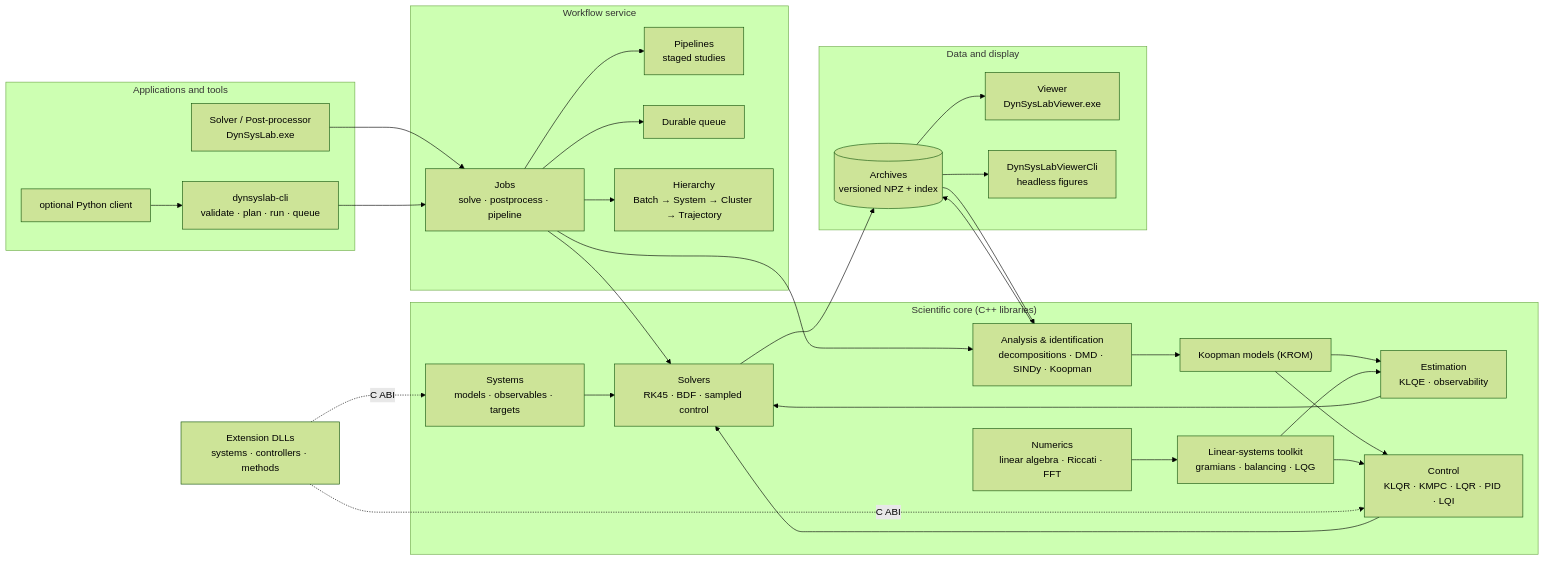
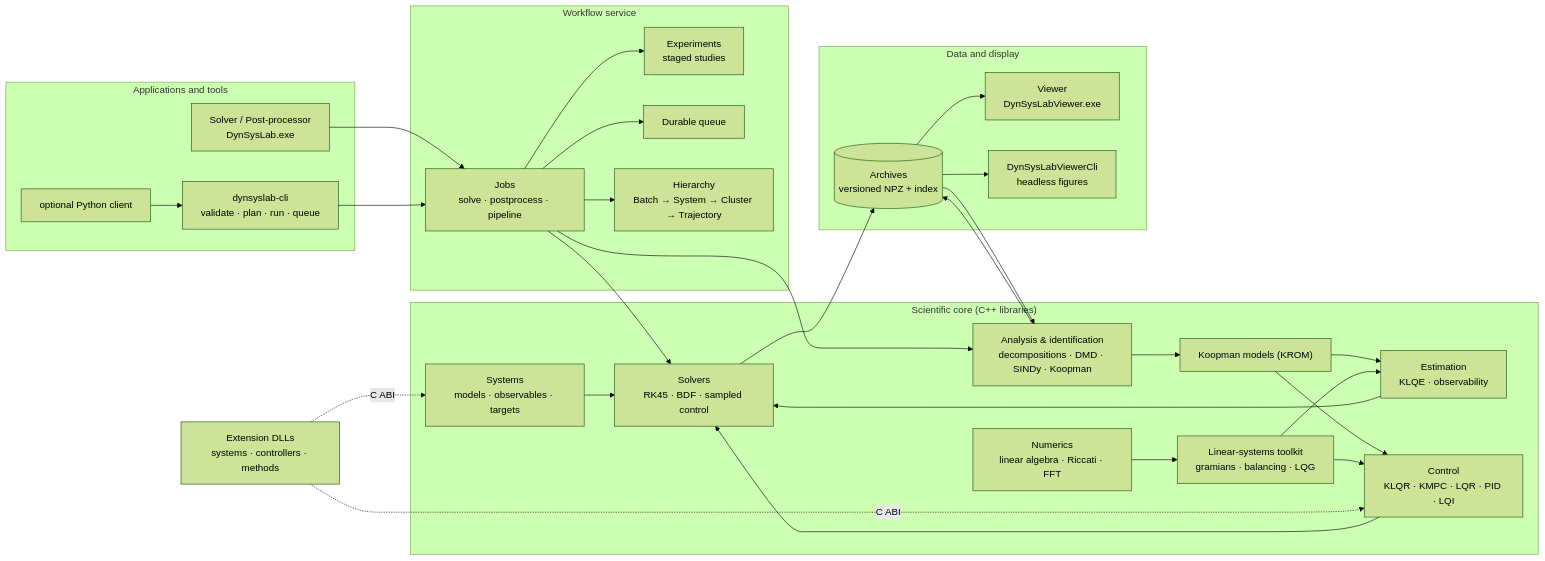
Before and after one commit to AJGibson0926/dynsyslab-public: the first of 8 diagrams in docs/OVERVIEW.md, drawn with Mermaid (forest theme). The commit also changed other lines of this file and 1221 other files, not shown here.

````diff
--- a/docs/OVERVIEW.md
+++ b/docs/OVERVIEW.md
@@ -27,55 +27,55 @@
 ```mermaid
 flowchart LR
     subgraph APPS["Applications and tools"]
         SOLVERAPP["Solver / Post-processor<br/>DynSysLab.exe"]
         CLI["dynsyslab-cli<br/>validate · plan · run · queue"]
         PY["optional Python client"]
     end
     subgraph WF["Workflow service"]
         JOBS["Jobs<br/>solve · postprocess · pipeline"]
-        PIPE["Pipelines<br/>staged studies"]
+        PIPE["Experiments<br/>staged studies"]
         QUEUE["Durable queue"]
         HIER["Hierarchy<br/>Batch → System → Cluster → Trajectory"]
     end
     subgraph SCI["Scientific core (C++ libraries)"]
         SYS["Systems<br/>models · observables · targets"]
         SOLVE["Solvers<br/>RK45 · BDF · sampled control"]
         ANA["Analysis & identification<br/>decompositions · DMD · SINDy · Koopman"]
         KROM["Koopman models (KROM)"]
         EST["Estimation<br/>KLQE · observability"]
         CTRL["Control<br/>KLQR · KMPC · LQR · PID · LQI"]
         LIN["Linear-systems toolkit<br/>gramians · balancing · LQG"]
         NUM["Numerics<br/>linear algebra · Riccati · FFT"]
     end
     subgraph OUT["Data and display"]
         ARCH[("Archives<br/>versioned NPZ + index")]
         VIEWERAPP["Viewer<br/>DynSysLabViewer.exe"]
         VCLI["DynSysLabViewerCli<br/>headless figures"]
     end
     EXT["Extension DLLs<br/>systems · controllers · methods"]
 
     SOLVERAPP --> JOBS
     CLI --> JOBS
     PY --> CLI
     JOBS --> PIPE
     JOBS --> QUEUE
     JOBS --> HIER
     JOBS --> SOLVE
     JOBS --> ANA
     SYS --> SOLVE
     ANA --> KROM
     KROM --> EST
     KROM --> CTRL
     LIN --> EST
     LIN --> CTRL
     EST --> SOLVE
     CTRL --> SOLVE
     NUM --> LIN
     SOLVE --> ARCH
     ANA --> ARCH
     ARCH --> ANA
     ARCH --> VIEWERAPP
     ARCH --> VCLI
     EXT -. C ABI .-> SYS
     EXT -. C ABI .-> CTRL
 ```
````
